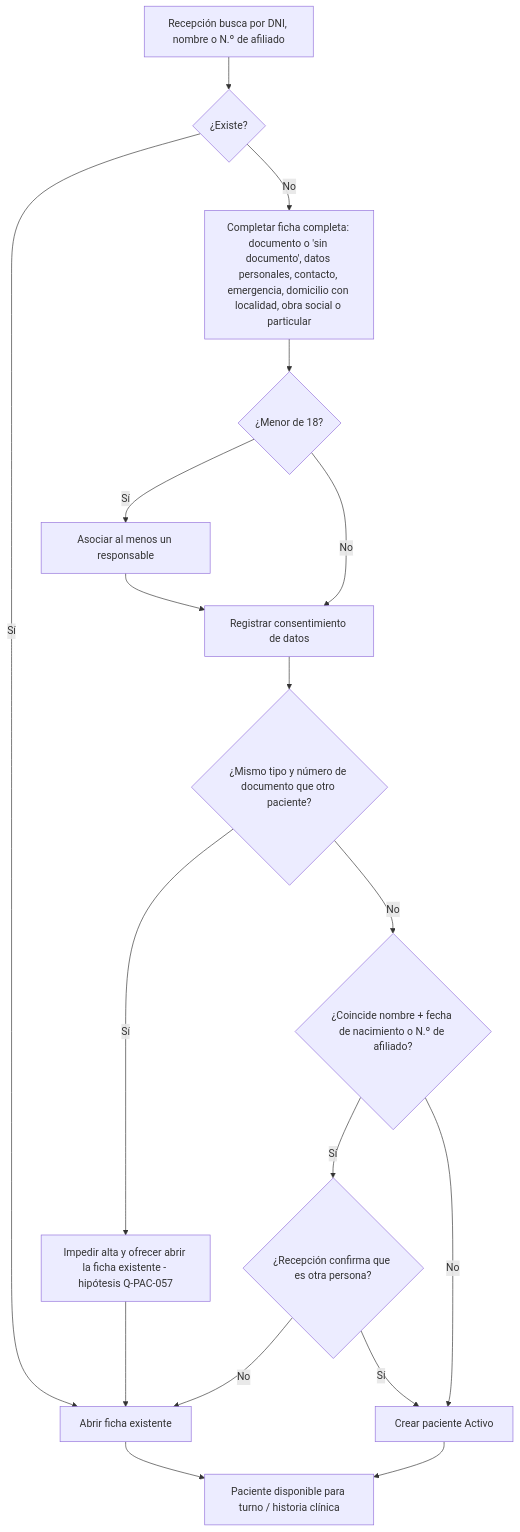
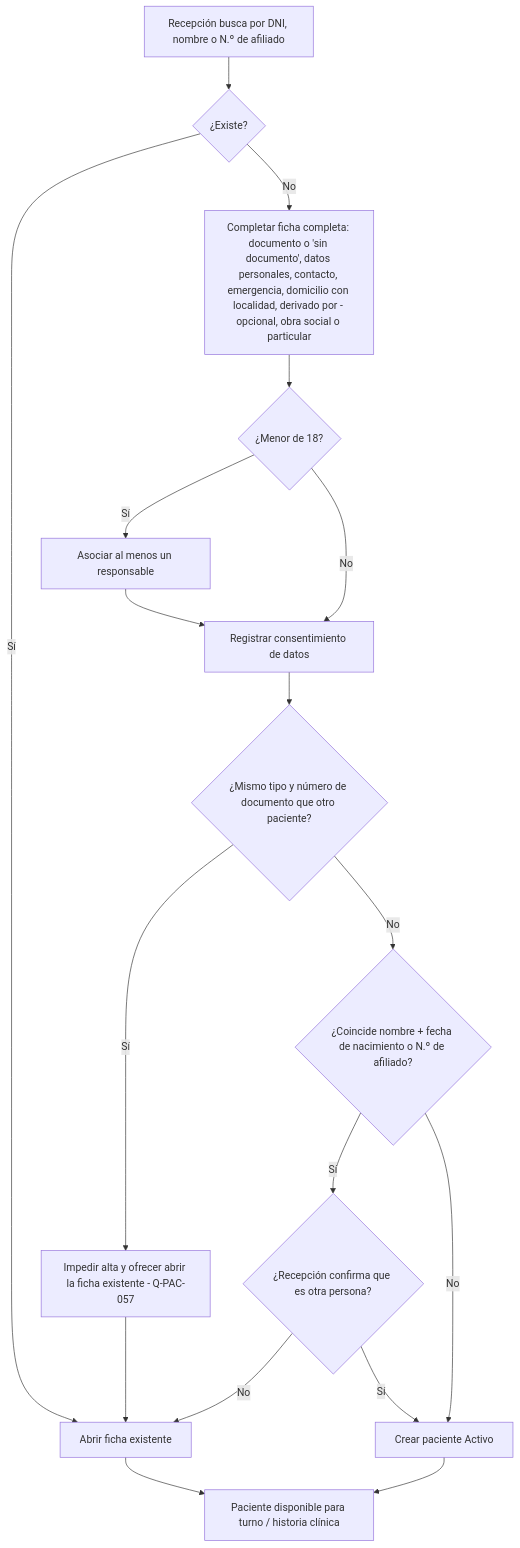
The second of 3 diagrams in docs/03_Modulos/MOD-001_Pacientes/diagramas.md (Leo-alegre9/Clinica_Sarmiento), drawn with Mermaid before and after one commit. The commit also changed other lines of this file and 43 other files, not shown here.

````diff
--- a/docs/03_Modulos/MOD-001_Pacientes/diagramas.md
+++ b/docs/03_Modulos/MOD-001_Pacientes/diagramas.md
@@ -29,20 +29,20 @@
 ```mermaid
 flowchart TD
     A[Recepción busca por DNI, nombre o N.º de afiliado] --> B{¿Existe?}
     B -- Sí --> C[Abrir ficha existente]
-    B -- No --> D[Completar ficha completa: documento o 'sin documento', datos personales, contacto, emergencia, domicilio con localidad, obra social o particular]
+    B -- No --> D[Completar ficha completa: documento o 'sin documento', datos personales, contacto, emergencia, domicilio con localidad, derivado por - opcional, obra social o particular]
     D --> M{¿Menor de 18?}
     M -- Sí --> R[Asociar al menos un responsable]
     M -- No --> K
     R --> K[Registrar consentimiento de datos]
     K --> E{¿Mismo tipo y número de documento que otro paciente?}
-    E -- Sí --> X[Impedir alta y ofrecer abrir la ficha existente - hipótesis Q-PAC-057]
+    E -- Sí --> X[Impedir alta y ofrecer abrir la ficha existente - Q-PAC-057]
     X --> C
     E -- No --> F{¿Coincide nombre + fecha de nacimiento o N.º de afiliado?}
     F -- Sí --> G{¿Recepción confirma que es otra persona?}
     G -- No --> C
     G -- Sí --> H[Crear paciente Activo]
     F -- No --> H
     H --> I[Paciente disponible para turno / historia clínica]
     C --> I
 ```
````
